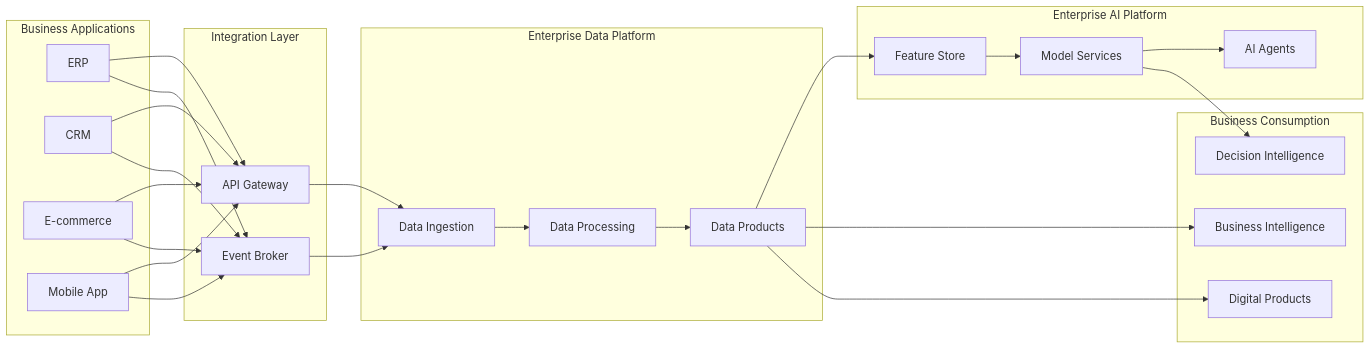
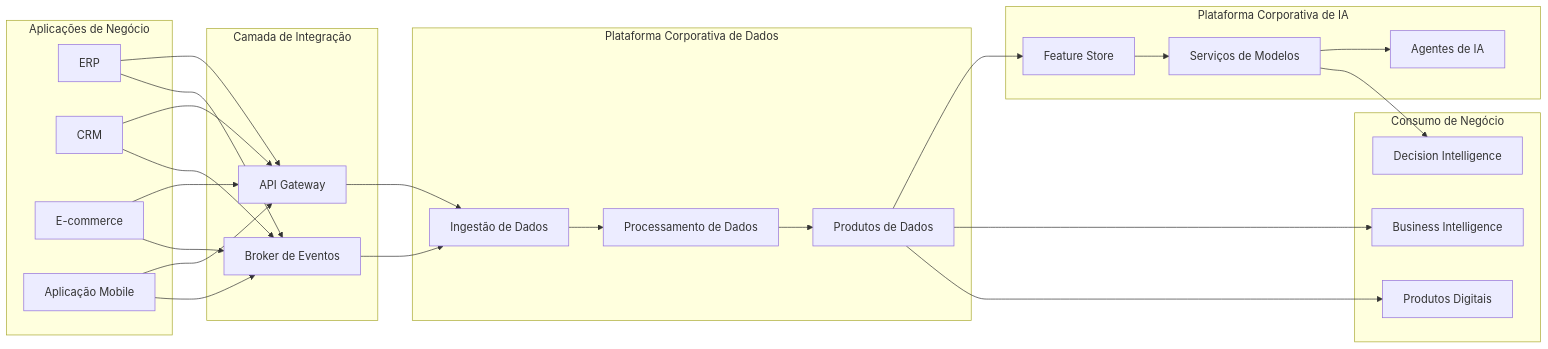
One commit to rogereufrasio/adtech-omnichannel-platform changed the diagram in programs/02-enterprise-data-ai-platform/application-architecture/application-interaction-model.md. Above: the diagram before and after it, drawn with Mermaid. The commit also changed other lines of this file and 260 other files, not shown here.

Commit message:
release: finalize Enterprise Architecture Practice v1.0.0

````diff
--- a/programs/02-enterprise-data-ai-platform/application-architecture/application-interaction-model.md
+++ b/programs/02-enterprise-data-ai-platform/application-architecture/application-interaction-model.md
@@ -67,81 +67,81 @@
 ```mermaid
 flowchart LR
 
-subgraph Business["Business Applications"]
+subgraph Business["Aplicações de Negócio"]
 
 ERP["ERP"]
 
 CRM["CRM"]
 
 ECOM["E-commerce"]
 
-APP["Mobile App"]
+APP["Aplicação Mobile"]
 
 end
 
-subgraph Integration["Integration Layer"]
+subgraph Integration["Camada de Integração"]
 
 API["API Gateway"]
 
-BROKER["Event Broker"]
+BROKER["Broker de Eventos"]
 
 end
 
-subgraph Platform["Enterprise Data Platform"]
+subgraph Platform["Plataforma Corporativa de Dados"]
 
-INGEST["Data Ingestion"]
+INGEST["Ingestão de Dados"]
 
-PROCESS["Data Processing"]
+PROCESS["Processamento de Dados"]
 
-PRODUCTS["Data Products"]
+PRODUCTS["Produtos de Dados"]
 
 end
 
-subgraph AI["Enterprise AI Platform"]
+subgraph AI["Plataforma Corporativa de IA"]
 
 FEATURE["Feature Store"]
 
-MODELS["Model Services"]
+MODELS["Serviços de Modelos"]
 
-AGENTS["AI Agents"]
+AGENTS["Agentes de IA"]
 
 end
 
-subgraph Consumption["Business Consumption"]
+subgraph Consumption["Consumo de Negócio"]
 
 BI["Business Intelligence"]
 
-DIGITAL["Digital Products"]
+DIGITAL["Produtos Digitais"]
 
 DECISION["Decision Intelligence"]
 
 end
 
 ERP --> API
 CRM --> API
 ECOM --> API
 APP --> API
 
 ERP --> BROKER
 CRM --> BROKER
 ECOM --> BROKER
 APP --> BROKER
 
 API --> INGEST
 
 BROKER --> INGEST
 
 INGEST --> PROCESS
 
 PROCESS --> PRODUCTS
 
 PRODUCTS --> FEATURE
 
 FEATURE --> MODELS
 
 MODELS --> AGENTS
 
 PRODUCTS --> BI
 PRODUCTS --> DIGITAL
 MODELS --> DECISION
 ```
````
